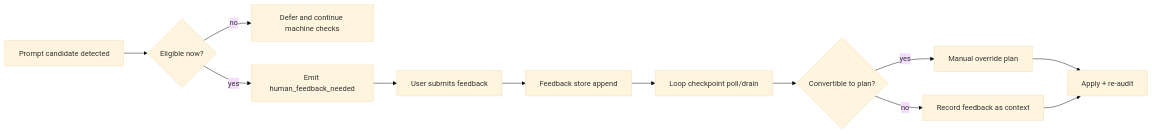
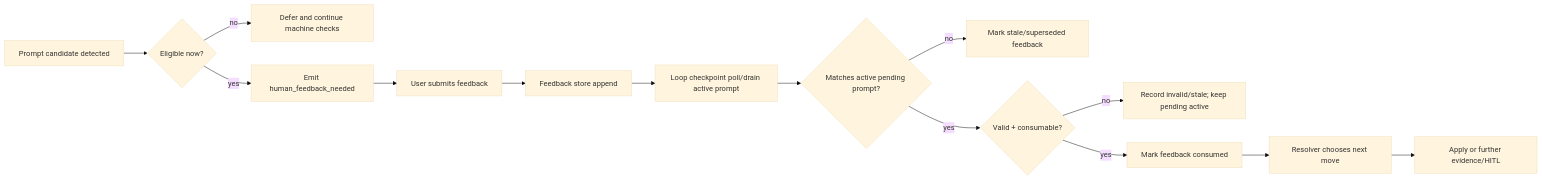
Before and after one commit to bwanedead/Plattera: the third of 3 diagrams in docs/transcript-edit-loop-orchestration.md, drawn with Mermaid (base theme). The commit also changed other lines of this file and 14 other files, not shown here.

Commit message:
transcript-edit: phase6.2 HITL integrity + resolver robustness

````diff
--- a/docs/transcript-edit-loop-orchestration.md
+++ b/docs/transcript-edit-loop-orchestration.md
@@ -705,14 +705,16 @@
 ```mermaid
 flowchart LR
   A[Prompt candidate detected] --> B{Eligible now?}
   B -- no --> C[Defer and continue machine checks]
   B -- yes --> D[Emit human_feedback_needed]
   D --> E[User submits feedback]
   E --> F[Feedback store append]
-  F --> G[Loop checkpoint poll/drain]
-  G --> H{Convertible to plan?}
-  H -- yes --> I[Manual override plan]
-  H -- no --> J[Record feedback as context]
-  I --> K[Apply + re-audit]
-  J --> K
+  F --> G[Loop checkpoint poll/drain active prompt]
+  G --> H{Matches active pending prompt?}
+  H -- no --> I[Mark stale/superseded feedback]
+  H -- yes --> J{Valid + consumable?}
+  J -- no --> K[Record invalid/stale; keep pending active]
+  J -- yes --> L[Mark feedback consumed]
+  L --> M[Resolver chooses next move]
+  M --> N[Apply or further evidence/HITL]
 ```
````
